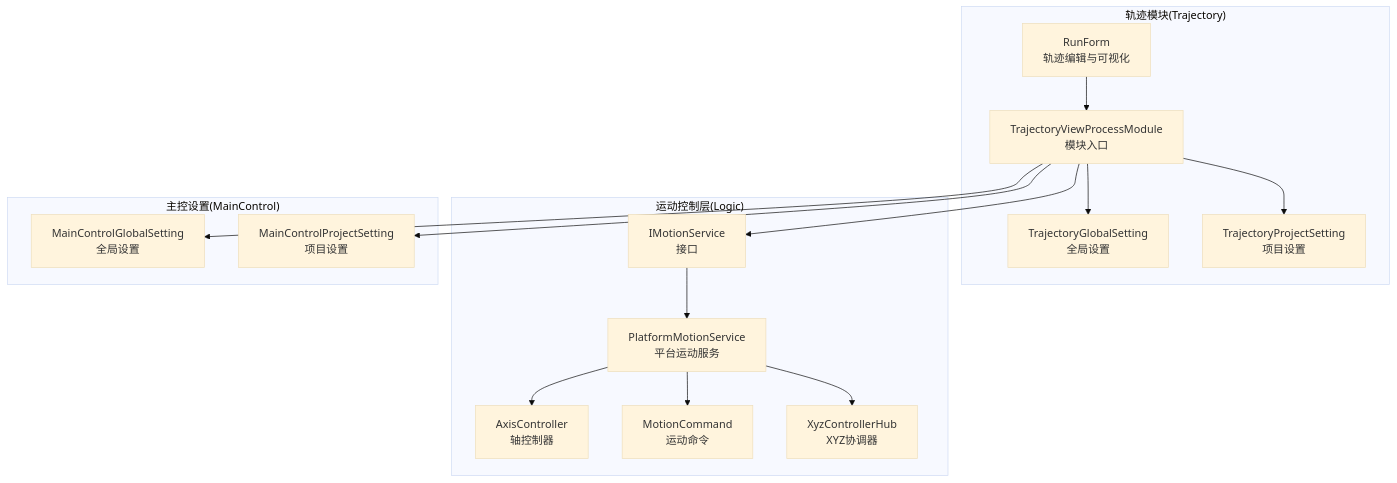
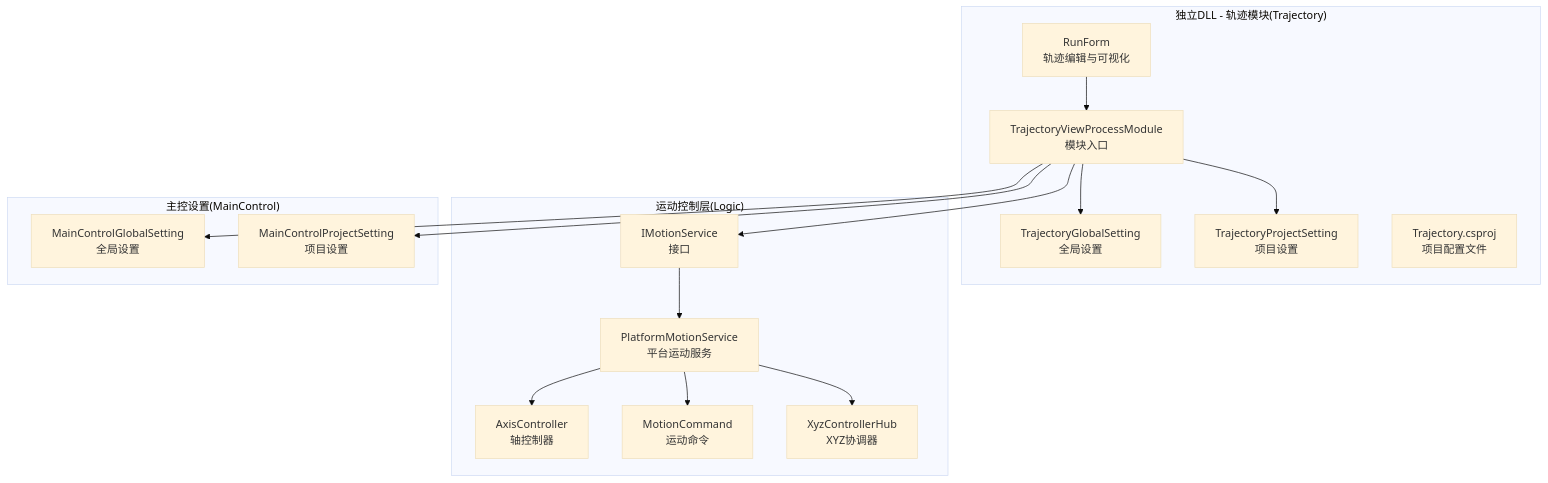
The first of 10 diagrams in .qoder/repowiki/zh/content/核心功能模块/轨迹规划模块 (Trajectory).md (fuweiq94-cloud/339918076), drawn with Mermaid (base theme) before and after one commit. The commit also changed other lines of this file and 203 other files, not shown here.

````diff
--- a/.qoder/repowiki/zh/content/核心功能模块/轨迹规划模块 (Trajectory).md
+++ b/.qoder/repowiki/zh/content/核心功能模块/轨迹规划模块 (Trajectory).md
@@ -47,30 +58,31 @@
 ```mermaid
 graph TB
-subgraph "轨迹模块(Trajectory)"
+subgraph "独立DLL - 轨迹模块(Trajectory)"
 UI["RunForm<br/>轨迹编辑与可视化"]
 Mod["TrajectoryViewProcessModule<br/>模块入口"]
 GSet["TrajectoryGlobalSetting<br/>全局设置"]
 PSet["TrajectoryProjectSetting<br/>项目设置"]
+Proj["Trajectory.csproj<br/>项目配置文件"]
 end
 subgraph "运动控制层(Logic)"
 IM["IMotionService<br/>接口"]
 AMS["PlatformMotionService<br/>平台运动服务"]
 AC["AxisController<br/>轴控制器"]
 MC["MotionCommand<br/>运动命令"]
 XYZ["XyzControllerHub<br/>XYZ协调器"]
 end
 subgraph "主控设置(MainControl)"
 MG["MainControlGlobalSetting<br/>全局设置"]
 MP["MainControlProjectSetting<br/>项目设置"]
 end
 UI --> Mod
 Mod --> GSet
 Mod --> PSet
 Mod --> IM
 IM --> AMS
 AMS --> AC
 AMS --> XYZ
 AMS --> MC
 Mod --> MG
 Mod --> MP
 ```
````
